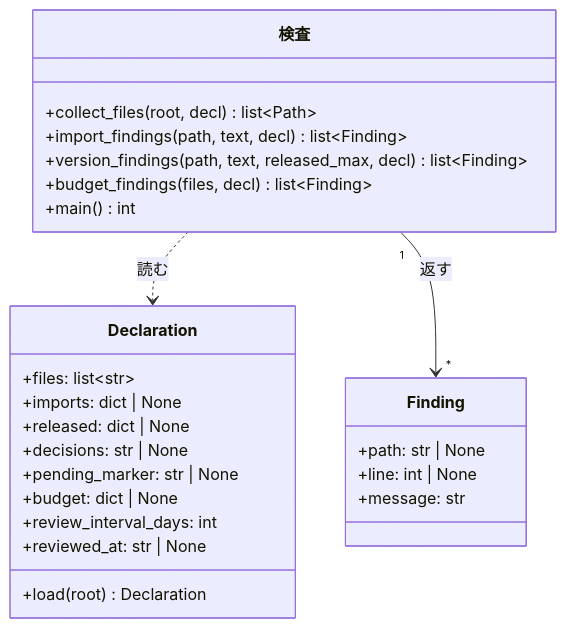
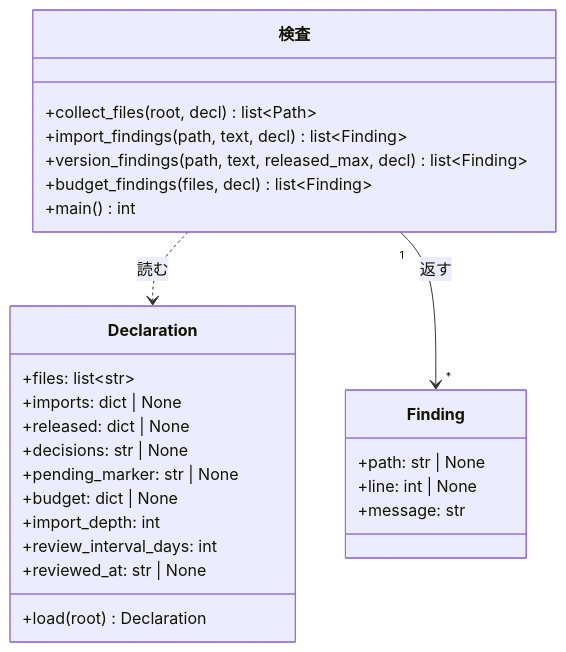
Before and after one commit to devbasex/ai-plugins: the fourth of 5 diagrams in issues/issue-554-design.md, drawn with Mermaid. The commit also changed other lines of this file and 4 other files, not shown here.

````diff
--- a/issues/issue-554-design.md
+++ b/issues/issue-554-design.md
@@ -164,28 +164,29 @@
 ```mermaid
 classDiagram
     class Finding {
         +path: str | None
         +line: int | None
         +message: str
     }
     class Declaration {
         +files: list~str~
         +imports: dict | None
         +released: dict | None
         +decisions: str | None
         +pending_marker: str | None
         +budget: dict | None
+        +import_depth: int
         +review_interval_days: int
         +reviewed_at: str | None
         +load(root) Declaration
     }
     class 検査 {
         +collect_files(root, decl) list~Path~
         +import_findings(path, text, decl) list~Finding~
         +version_findings(path, text, released_max, decl) list~Finding~
         +budget_findings(files, decl) list~Finding~
         +main() int
     }
     検査 ..> Declaration: 読む
     検査 "1" --> "*" Finding: 返す
 ```
````
